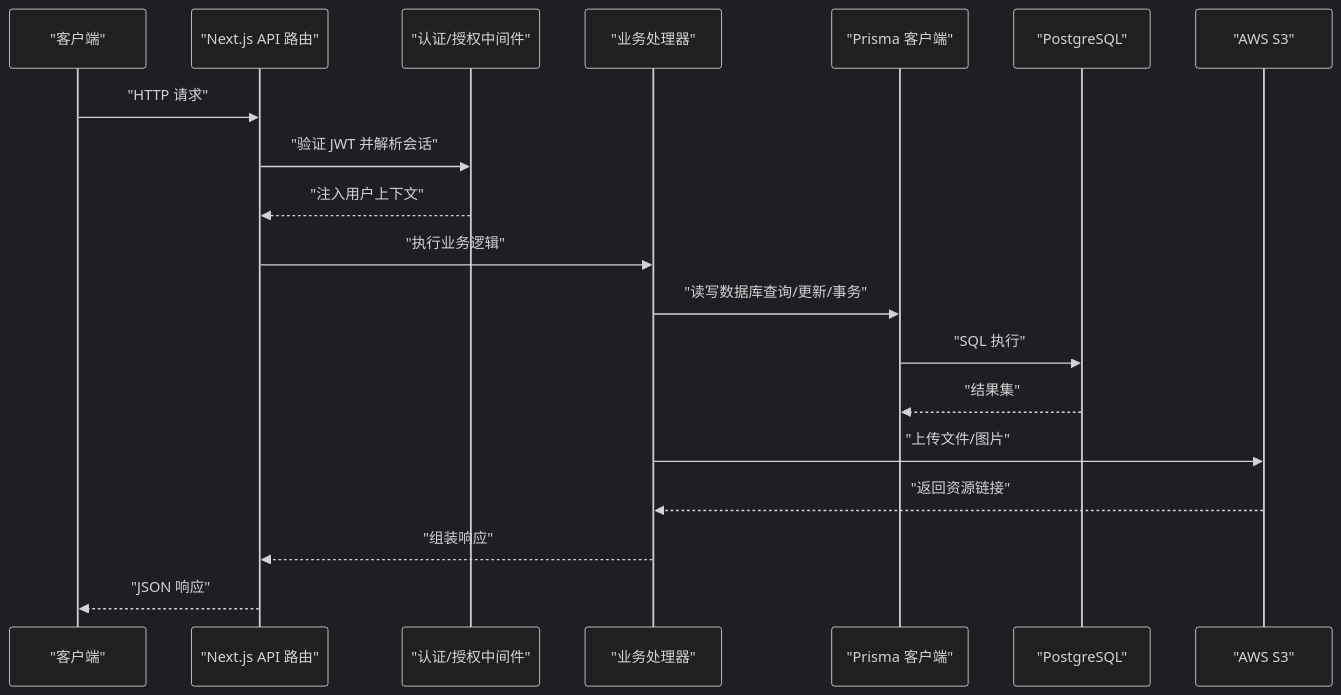
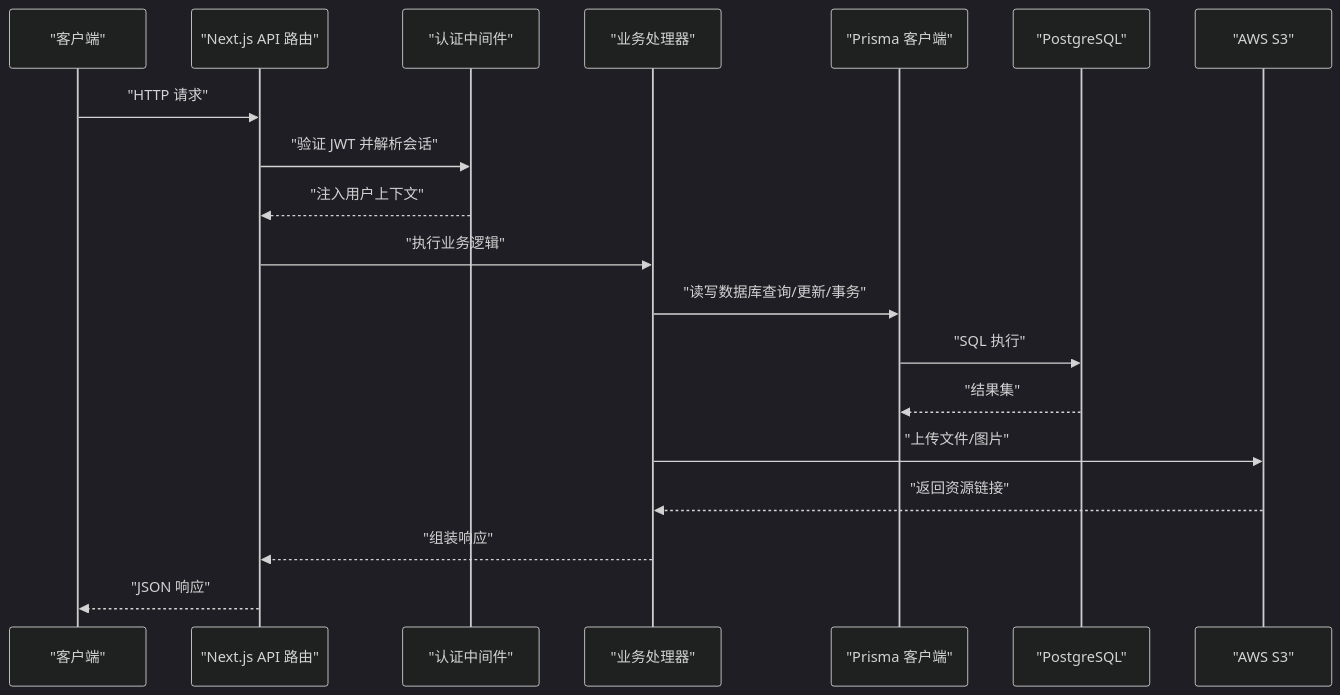
Before and after one commit to three3638-arch/celestia_2b: the second of 6 diagrams in .qoder/repowiki/zh/content/架构设计/后端架构设计.md, drawn with Mermaid (dark theme). The commit also changed other lines of this file and 17 other files, not shown here.

````diff
--- a/.qoder/repowiki/zh/content/架构设计/后端架构设计.md
+++ b/.qoder/repowiki/zh/content/架构设计/后端架构设计.md
@@ -90,21 +98,21 @@
 ```mermaid
 sequenceDiagram
 participant Client as "客户端"
 participant API as "Next.js API 路由"
-participant Auth as "认证/授权中间件"
+participant Auth as "认证中间件"
 participant Biz as "业务处理器"
 participant DB as "Prisma 客户端"
 participant PG as "PostgreSQL"
 participant S3 as "AWS S3"
 Client->>API : "HTTP 请求"
 API->>Auth : "验证 JWT 并解析会话"
 Auth-->>API : "注入用户上下文"
 API->>Biz : "执行业务逻辑"
 Biz->>DB : "读写数据库查询/更新/事务"
 DB->>PG : "SQL 执行"
 PG-->>DB : "结果集"
 Biz->>S3 : "上传文件/图片"
 S3-->>Biz : "返回资源链接"
 Biz-->>API : "组装响应"
 API-->>Client : "JSON 响应"
 ```
````
